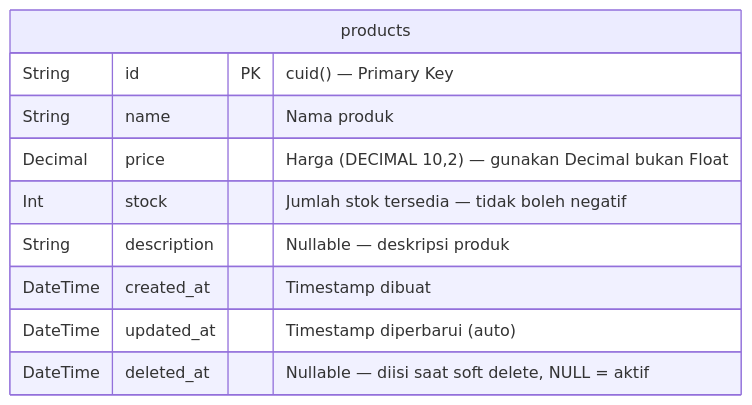
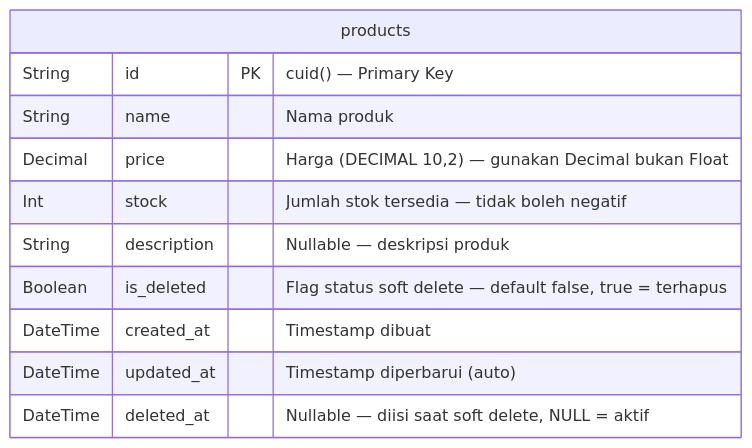
One commit to Ardiansputrraa/solutech-backend changed the second of 4 diagrams in docs/database/erd.md. Above: the diagram before and after it, drawn with Mermaid. The commit also changed other lines of this file and 12 other files, not shown here.

Commit message:
feat: implement product module with CRUD endpoints, JWT-based auth middleware, and soft delete functionality

````diff
--- a/docs/database/erd.md
+++ b/docs/database/erd.md
@@ -85,13 +85,14 @@
 ```mermaid
 erDiagram
     products {
         String   id          PK  "cuid() — Primary Key"
         String   name            "Nama produk"
         Decimal  price           "Harga (DECIMAL 10,2) — gunakan Decimal bukan Float"
         Int      stock           "Jumlah stok tersedia — tidak boleh negatif"
         String   description     "Nullable — deskripsi produk"
+        Boolean  is_deleted      "Flag status soft delete — default false, true = terhapus"
         DateTime created_at      "Timestamp dibuat"
         DateTime updated_at      "Timestamp diperbarui (auto)"
         DateTime deleted_at      "Nullable — diisi saat soft delete, NULL = aktif"
     }
 ```
````
